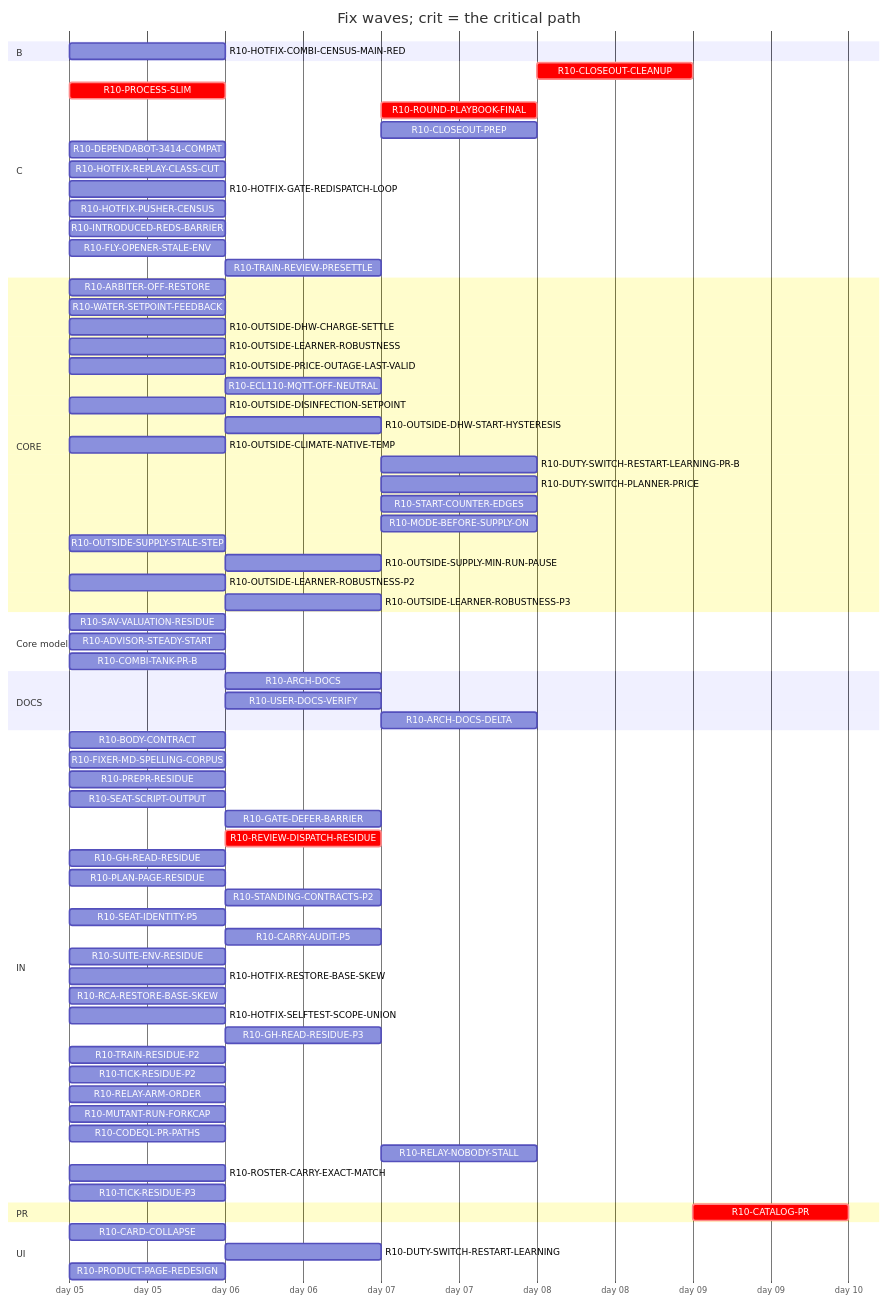
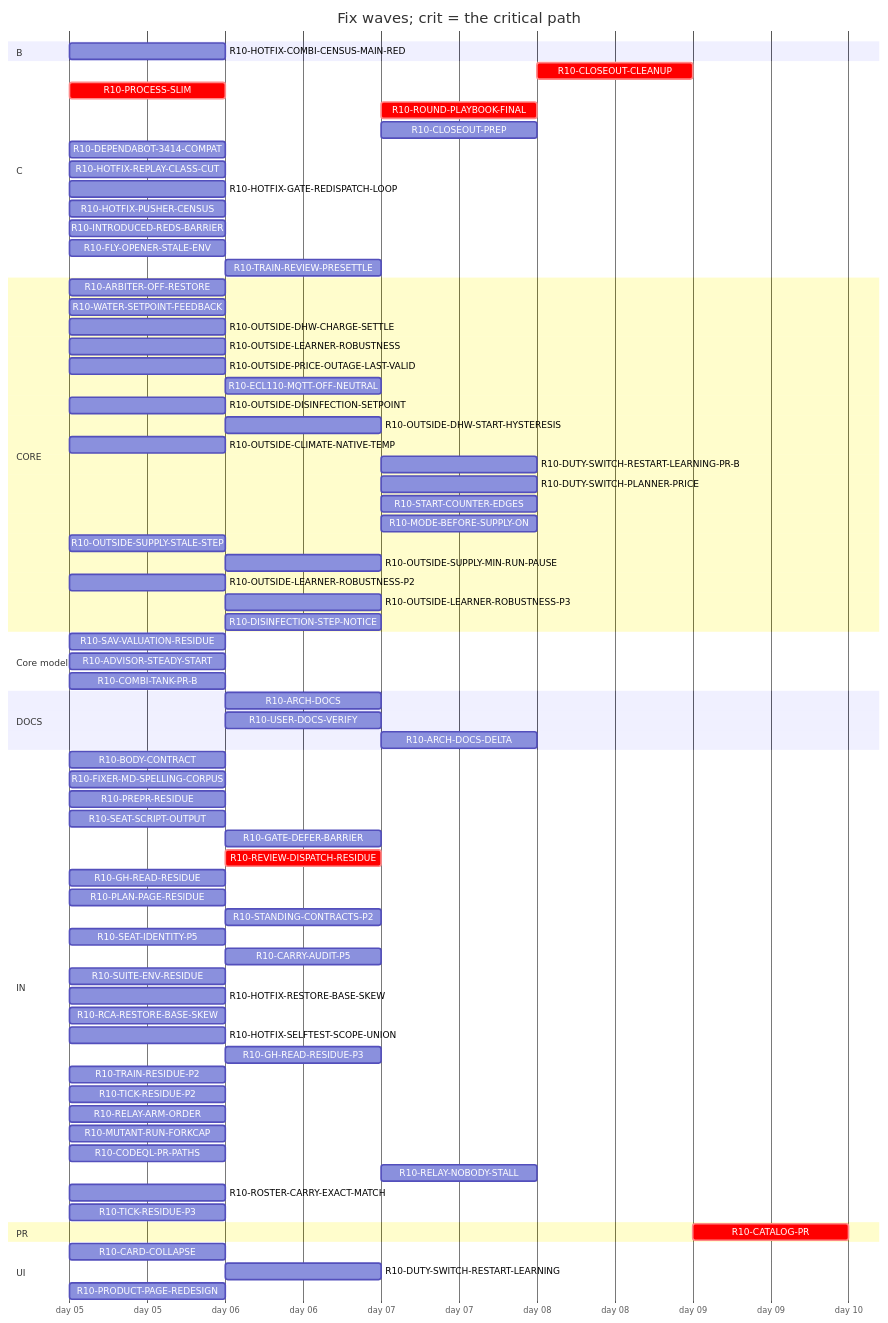
The diagram in handoff/round10/state/PLAN-TABLE.md (tvofi/heatpump_optimizer), drawn with Mermaid before and after one commit. The commit also changed other lines of this file and 3 other files, not shown here.

Commit message:
state: FLOW-BOARD.md, NEXT-SESSION-PROMPT.md, PLAN-TABLE.md, PLAN.html, RESUME-CURRENT.md regenerated (state_docs.py)

````diff
--- a/handoff/round10/state/PLAN-TABLE.md
+++ b/handoff/round10/state/PLAN-TABLE.md
@@ -21,77 +21,78 @@
 ```mermaid
 gantt
   title Fix waves; crit = the critical path
   dateFormat YYYY-MM-DD
   axisFormat day %d
   section B
     R10-HOTFIX-COMBI-CENSUS-MAIN-RED :r10HOTFIXCOMBICENSUSMAINRED, 2026-01-05, 1d
   section C
     R10-CLOSEOUT-CLEANUP :crit, r10CLOSEOUTCLEANUP, after r10ARCHDOCS r10USERDOCSVERIFY r10ROUNDPLAYBOOKFINAL r10CLOSEOUTPREP r10ARCHDOCSDELTA, 1d
     R10-PROCESS-SLIM :crit, r10PROCESSSLIM, 2026-01-05, 1d
     R10-ROUND-PLAYBOOK-FINAL :crit, r10ROUNDPLAYBOOKFINAL, after r10BODYCONTRACT r10PROCESSSLIM r10FIXERMDSPELLINGCORPUS r10PREPRRESIDUE r10SEATSCRIPTOUTPUT r10REVIEWDISPATCHRESIDUE r10CARRYAUDITP5 r10SEATIDENTITYP5 r10STANDINGCONTRACTSP2 r10PLANPAGERESIDUE r10GHREADRESIDUE r10SUITEENVRESIDUE r10GATEDEFERBARRIER, 1d
     R10-CLOSEOUT-PREP :r10CLOSEOUTPREP, after r10ARCHDOCS r10BODYCONTRACT r10PROCESSSLIM r10FIXERMDSPELLINGCORPUS r10PREPRRESIDUE r10SEATSCRIPTOUTPUT r10REVIEWDISPATCHRESIDUE r10CARRYAUDITP5 r10SEATIDENTITYP5 r10STANDINGCONTRACTSP2 r10PLANPAGERESIDUE r10GHREADRESIDUE r10SUITEENVRESIDUE r10GATEDEFERBARRIER, 1d
     R10-DEPENDABOT-3414-COMPAT :r10DEPENDABOT3414COMPAT, 2026-01-05, 1d
     R10-HOTFIX-REPLAY-CLASS-CUT :r10HOTFIXREPLAYCLASSCUT, 2026-01-05, 1d
     R10-HOTFIX-GATE-REDISPATCH-LOOP :r10HOTFIXGATEREDISPATCHLOOP, 2026-01-05, 1d
     R10-HOTFIX-PUSHER-CENSUS :r10HOTFIXPUSHERCENSUS, 2026-01-05, 1d
     R10-INTRODUCED-REDS-BARRIER :r10INTRODUCEDREDSBARRIER, 2026-01-05, 1d
     R10-FLY-OPENER-STALE-ENV :r10FLYOPENERSTALEENV, 2026-01-05, 1d
     R10-TRAIN-REVIEW-PRESETTLE :r10TRAINREVIEWPRESETTLE, after r10TRAINRESIDUEP2, 1d
   section CORE
     R10-ARBITER-OFF-RESTORE :r10ARBITEROFFRESTORE, 2026-01-05, 1d
     R10-WATER-SETPOINT-FEEDBACK :r10WATERSETPOINTFEEDBACK, 2026-01-05, 1d
     R10-OUTSIDE-DHW-CHARGE-SETTLE :r10OUTSIDEDHWCHARGESETTLE, 2026-01-05, 1d
     R10-OUTSIDE-LEARNER-ROBUSTNESS :r10OUTSIDELEARNERROBUSTNESS, 2026-01-05, 1d
     R10-OUTSIDE-PRICE-OUTAGE-LAST-VALID :r10OUTSIDEPRICEOUTAGELASTVALID, 2026-01-05, 1d
     R10-ECL110-MQTT-OFF-NEUTRAL :r10ECL110MQTTOFFNEUTRAL, after r10ARBITEROFFRESTORE, 1d
     R10-OUTSIDE-DISINFECTION-SETPOINT :r10OUTSIDEDISINFECTIONSETPOINT, 2026-01-05, 1d
     R10-OUTSIDE-DHW-START-HYSTERESIS :r10OUTSIDEDHWSTARTHYSTERESIS, after r10OUTSIDEDISINFECTIONSETPOINT, 1d
     R10-OUTSIDE-CLIMATE-NATIVE-TEMP :r10OUTSIDECLIMATENATIVETEMP, 2026-01-05, 1d
     R10-DUTY-SWITCH-RESTART-LEARNING-PR-B :r10DUTYSWITCHRESTARTLEARNINGPRB, after r10DUTYSWITCHRESTARTLEARNING, 1d
     R10-DUTY-SWITCH-PLANNER-PRICE :r10DUTYSWITCHPLANNERPRICE, after r10DUTYSWITCHRESTARTLEARNING, 1d
     R10-START-COUNTER-EDGES :r10STARTCOUNTEREDGES, after r10DUTYSWITCHRESTARTLEARNING, 1d
     R10-MODE-BEFORE-SUPPLY-ON :r10MODEBEFORESUPPLYON, after r10DUTYSWITCHRESTARTLEARNING, 1d
     R10-OUTSIDE-SUPPLY-STALE-STEP :r10OUTSIDESUPPLYSTALESTEP, 2026-01-05, 1d
     R10-OUTSIDE-SUPPLY-MIN-RUN-PAUSE :r10OUTSIDESUPPLYMINRUNPAUSE, after r10OUTSIDESUPPLYSTALESTEP, 1d
     R10-OUTSIDE-LEARNER-ROBUSTNESS-P2 :r10OUTSIDELEARNERROBUSTNESSP2, 2026-01-05, 1d
     R10-OUTSIDE-LEARNER-ROBUSTNESS-P3 :r10OUTSIDELEARNERROBUSTNESSP3, after r10OUTSIDELEARNERROBUSTNESS r10OUTSIDELEARNERROBUSTNESSP2, 1d
+    R10-DISINFECTION-STEP-NOTICE :r10DISINFECTIONSTEPNOTICE, after r10OUTSIDEDISINFECTIONSETPOINT, 1d
   section Core model
     R10-SAV-VALUATION-RESIDUE :r10SAVVALUATIONRESIDUE, 2026-01-05, 1d
     R10-ADVISOR-STEADY-START :r10ADVISORSTEADYSTART, 2026-01-05, 1d
     R10-COMBI-TANK-PR-B :r10COMBITANKPRB, 2026-01-05, 1d
   section DOCS
     R10-ARCH-DOCS :r10ARCHDOCS, after r10BODYCONTRACT r10PROCESSSLIM, 1d
     R10-USER-DOCS-VERIFY :r10USERDOCSVERIFY, after r10ARBITEROFFRESTORE r10PRODUCTPAGEREDESIGN, 1d
     R10-ARCH-DOCS-DELTA :r10ARCHDOCSDELTA, after r10ARCHDOCS r10ARBITEROFFRESTORE r10SAVVALUATIONRESIDUE r10ADVISORSTEADYSTART r10COMBITANKPRB, 1d
   section IN
     R10-BODY-CONTRACT :r10BODYCONTRACT, 2026-01-05, 1d
     R10-FIXER-MD-SPELLING-CORPUS :r10FIXERMDSPELLINGCORPUS, 2026-01-05, 1d
     R10-PREPR-RESIDUE :r10PREPRRESIDUE, 2026-01-05, 1d
     R10-SEAT-SCRIPT-OUTPUT :r10SEATSCRIPTOUTPUT, 2026-01-05, 1d
     R10-GATE-DEFER-BARRIER :r10GATEDEFERBARRIER, after r10HOTFIXGATEREDISPATCHLOOP, 1d
     R10-REVIEW-DISPATCH-RESIDUE :crit, r10REVIEWDISPATCHRESIDUE, after r10PROCESSSLIM, 1d
     R10-GH-READ-RESIDUE :r10GHREADRESIDUE, 2026-01-05, 1d
     R10-PLAN-PAGE-RESIDUE :r10PLANPAGERESIDUE, 2026-01-05, 1d
     R10-STANDING-CONTRACTS-P2 :r10STANDINGCONTRACTSP2, after r10FIXERMDSPELLINGCORPUS, 1d
     R10-SEAT-IDENTITY-P5 :r10SEATIDENTITYP5, 2026-01-05, 1d
     R10-CARRY-AUDIT-P5 :r10CARRYAUDITP5, after r10BODYCONTRACT, 1d
     R10-SUITE-ENV-RESIDUE :r10SUITEENVRESIDUE, 2026-01-05, 1d
     R10-HOTFIX-RESTORE-BASE-SKEW :r10HOTFIXRESTOREBASESKEW, 2026-01-05, 1d
     R10-RCA-RESTORE-BASE-SKEW :r10RCARESTOREBASESKEW, 2026-01-05, 1d
     R10-HOTFIX-SELFTEST-SCOPE-UNION :r10HOTFIXSELFTESTSCOPEUNION, 2026-01-05, 1d
     R10-GH-READ-RESIDUE-P3 :r10GHREADRESIDUEP3, after r10GHREADRESIDUE, 1d
     R10-TRAIN-RESIDUE-P2 :r10TRAINRESIDUEP2, 2026-01-05, 1d
     R10-TICK-RESIDUE-P2 :r10TICKRESIDUEP2, 2026-01-05, 1d
     R10-RELAY-ARM-ORDER :r10RELAYARMORDER, 2026-01-05, 1d
     R10-MUTANT-RUN-FORKCAP :r10MUTANTRUNFORKCAP, 2026-01-05, 1d
     R10-CODEQL-PR-PATHS :r10CODEQLPRPATHS, 2026-01-05, 1d
     R10-RELAY-NOBODY-STALL :r10RELAYNOBODYSTALL, after r10RELAYARMORDER r10REVIEWDISPATCHRESIDUE, 1d
     R10-ROSTER-CARRY-EXACT-MATCH :r10ROSTERCARRYEXACTMATCH, 2026-01-05, 1d
     R10-TICK-RESIDUE-P3 :r10TICKRESIDUEP3, 2026-01-05, 1d
   section PR
     R10-CATALOG-PR :crit, r10CATALOGPR, after r10USERDOCSVERIFY r10ARCHDOCS r10ROUNDPLAYBOOKFINAL r10CLOSEOUTCLEANUP r10CLOSEOUTPREP r10ARCHDOCSDELTA, 1d
   section UI
     R10-CARD-COLLAPSE :r10CARDCOLLAPSE, 2026-01-05, 1d
     R10-DUTY-SWITCH-RESTART-LEARNING :r10DUTYSWITCHRESTARTLEARNING, after r10WATERSETPOINTFEEDBACK, 1d
     R10-PRODUCT-PAGE-REDESIGN :r10PRODUCTPAGEREDESIGN, 2026-01-05, 1d
 ```
````
